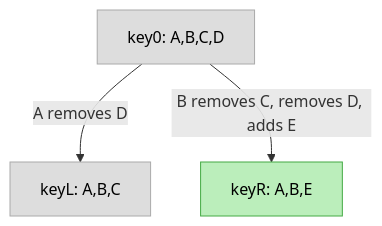
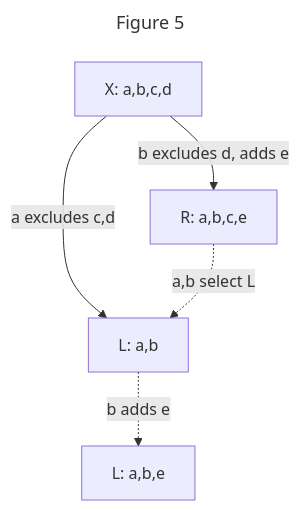
One commit to ssbc/ssb-group-exclusion-spec changed the fifth of 8 diagrams in README.md. Above: the diagram before and after it, drawn with Mermaid. The commit also changed other lines of this file, not shown here.

````diff
--- a/README.md
+++ b/README.md
@@ -256,10 +255,11 @@
 ```mermaid
+---
+title: Figure 5
+---
 graph TB;
-  zero[key0: A,B,C,D]
-  zero--"A removes D"-->L[keyL: A,B,C]
-  zero--"B removes C, removes D, adds E"-->R[keyR: A,B,E]
-  class R winner;
-
-classDef default fill:#ddd,stroke:#aaa,color:#000;
-classDef winner fill:#beb,stroke:#4a4,color:#000;
+  zero[X: a,b,c,d]
+  zero--"a excludes c,d"-->L[L: a,b]
+  zero--"b excludes d, adds e"-->R[R: a,b,c,e]
+  R-. a,b select L .->L
+  L-. b adds e .->L2[L: a,b,e]
 ```
````
